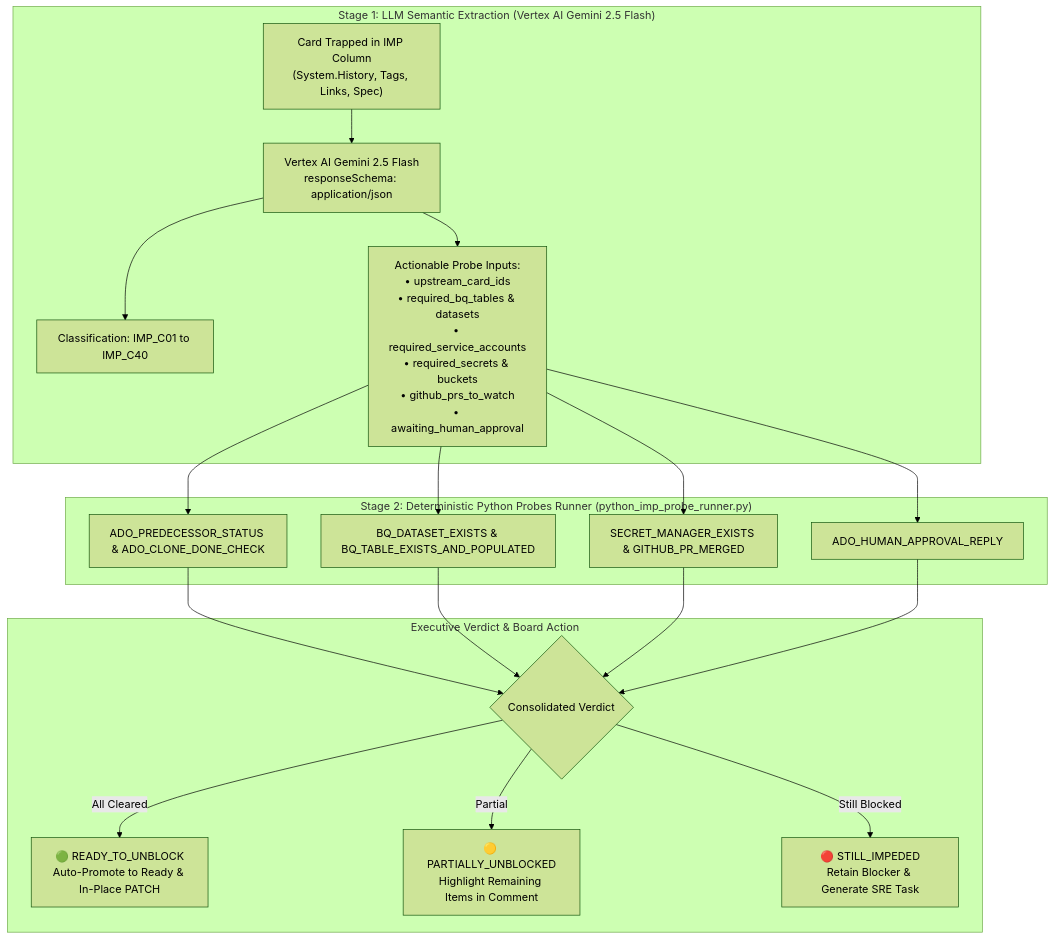
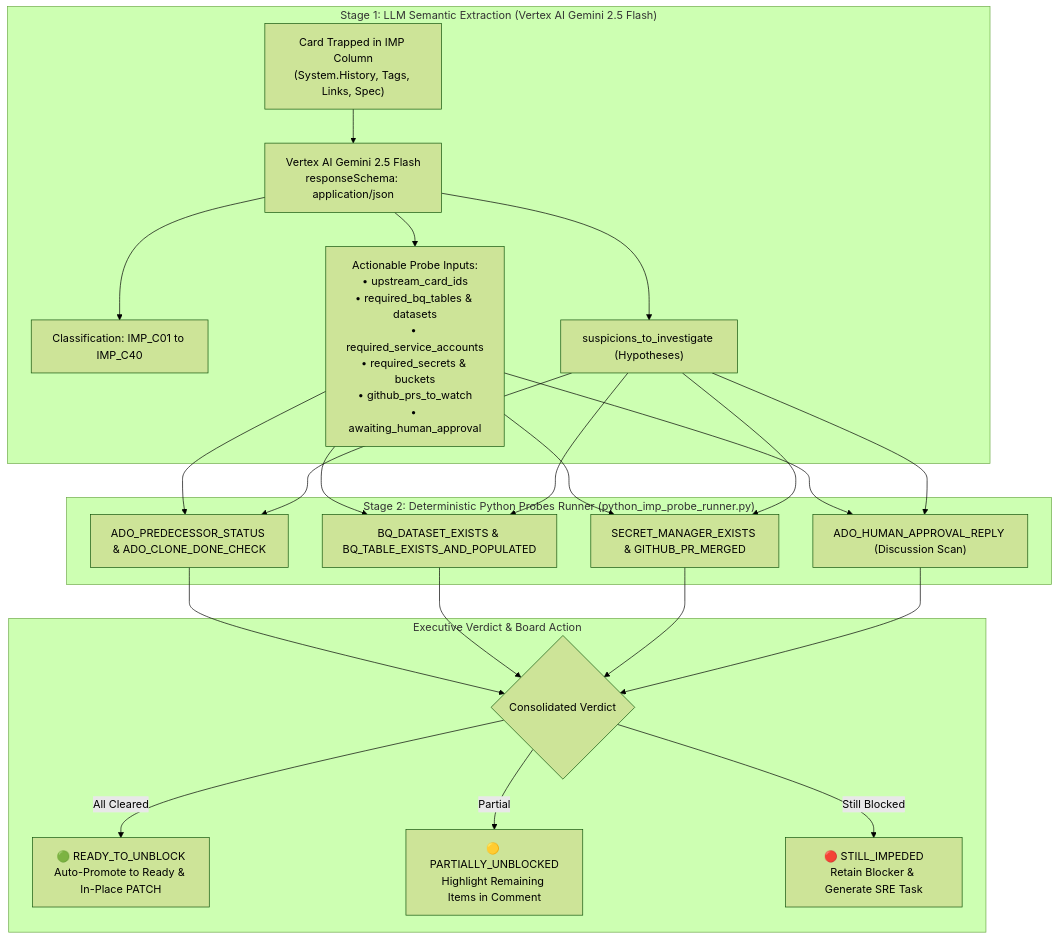
Before and after one commit to mvsimao/agent-skills: the fourth of 5 diagrams in README.md, drawn with Mermaid (forest theme). The commit also changed other lines of this file and 16 other files, not shown here.

````diff
--- a/README.md
+++ b/README.md
@@ -155,22 +245,23 @@
 ```mermaid
 flowchart TD
     subgraph S1["Stage 1: LLM Semantic Extraction (Vertex AI Gemini 2.5 Flash)"]
         IMP["Card Trapped in IMP Column\n(System.History, Tags, Links, Spec)"] --> GEMINI["Vertex AI Gemini 2.5 Flash\nresponseSchema: application/json"]
         GEMINI --> TAX["Classification: IMP_C01 to IMP_C40"]
         GEMINI --> INP["Actionable Probe Inputs:\n• upstream_card_ids\n• required_bq_tables & datasets\n• required_service_accounts\n• required_secrets & buckets\n• github_prs_to_watch\n• awaiting_human_approval"]
+        GEMINI --> HYP["suspicions_to_investigate (Hypotheses)"]
     end
 
     subgraph S2["Stage 2: Deterministic Python Probes Runner (python_imp_probe_runner.py)"]
-        INP --> P1["ADO_PREDECESSOR_STATUS & ADO_CLONE_DONE_CHECK"]
-        INP --> P2["BQ_DATASET_EXISTS & BQ_TABLE_EXISTS_AND_POPULATED"]
-        INP --> P3["SECRET_MANAGER_EXISTS & GITHUB_PR_MERGED"]
-        INP --> P4["ADO_HUMAN_APPROVAL_REPLY"]
+        INP & HYP --> P1["ADO_PREDECESSOR_STATUS & ADO_CLONE_DONE_CHECK"]
+        INP & HYP --> P2["BQ_DATASET_EXISTS & BQ_TABLE_EXISTS_AND_POPULATED"]
+        INP & HYP --> P3["SECRET_MANAGER_EXISTS & GITHUB_PR_MERGED"]
+        INP & HYP --> P4["ADO_HUMAN_APPROVAL_REPLY (Discussion Scan)"]
     end
 
     subgraph OUT["Executive Verdict & Board Action"]
         P1 & P2 & P3 & P4 --> VERDICT{"Consolidated Verdict"}
         VERDICT -->|All Cleared| UNBLOCK["🟢 READY_TO_UNBLOCK\nAuto-Promote to Ready & In-Place PATCH"]
         VERDICT -->|Partial| PARTIAL["🟡 PARTIALLY_UNBLOCKED\nHighlight Remaining Items in Comment"]
         VERDICT -->|Still Blocked| STILL["🔴 STILL_IMPEDED\nRetain Blocker & Generate SRE Task"]
     end
 ```
````
